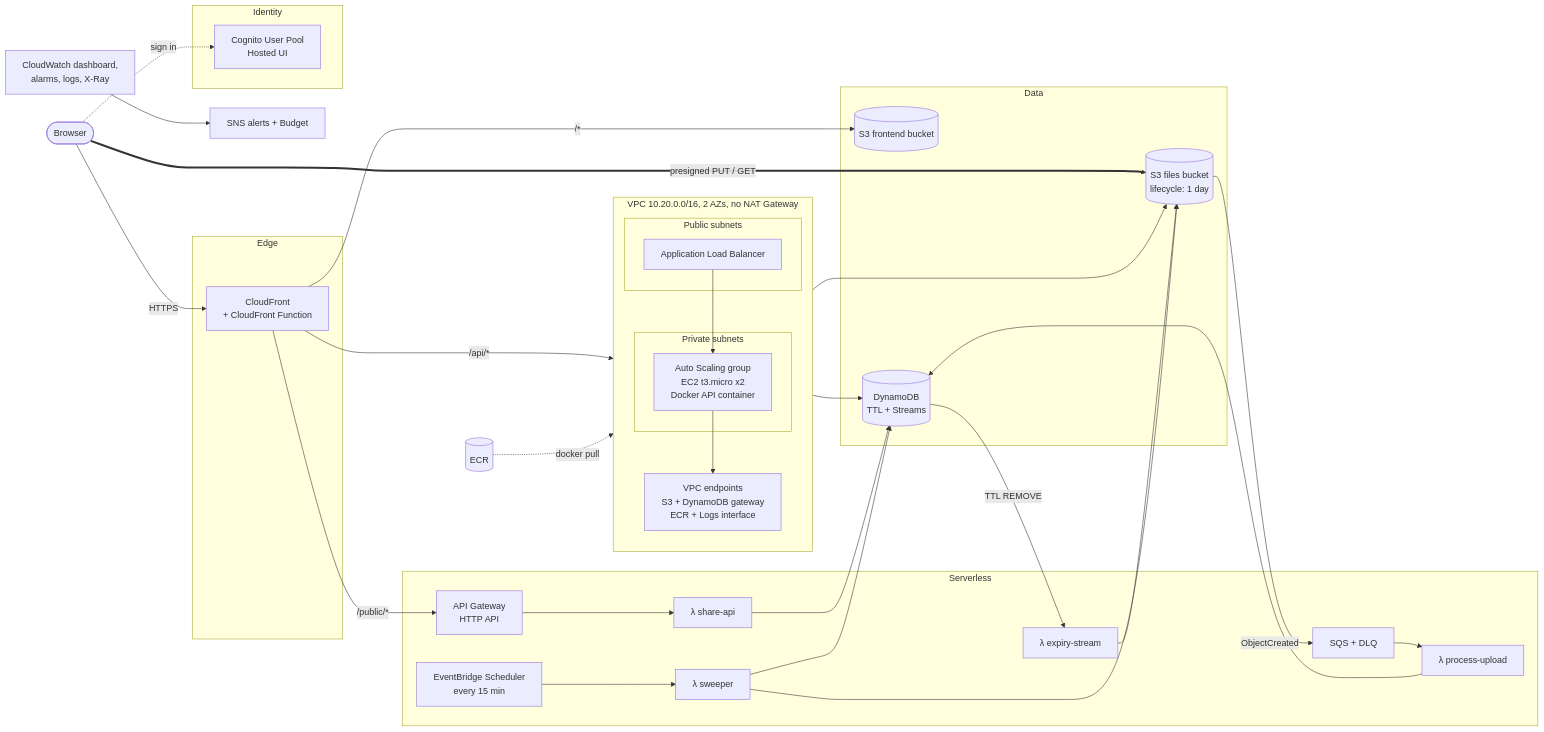
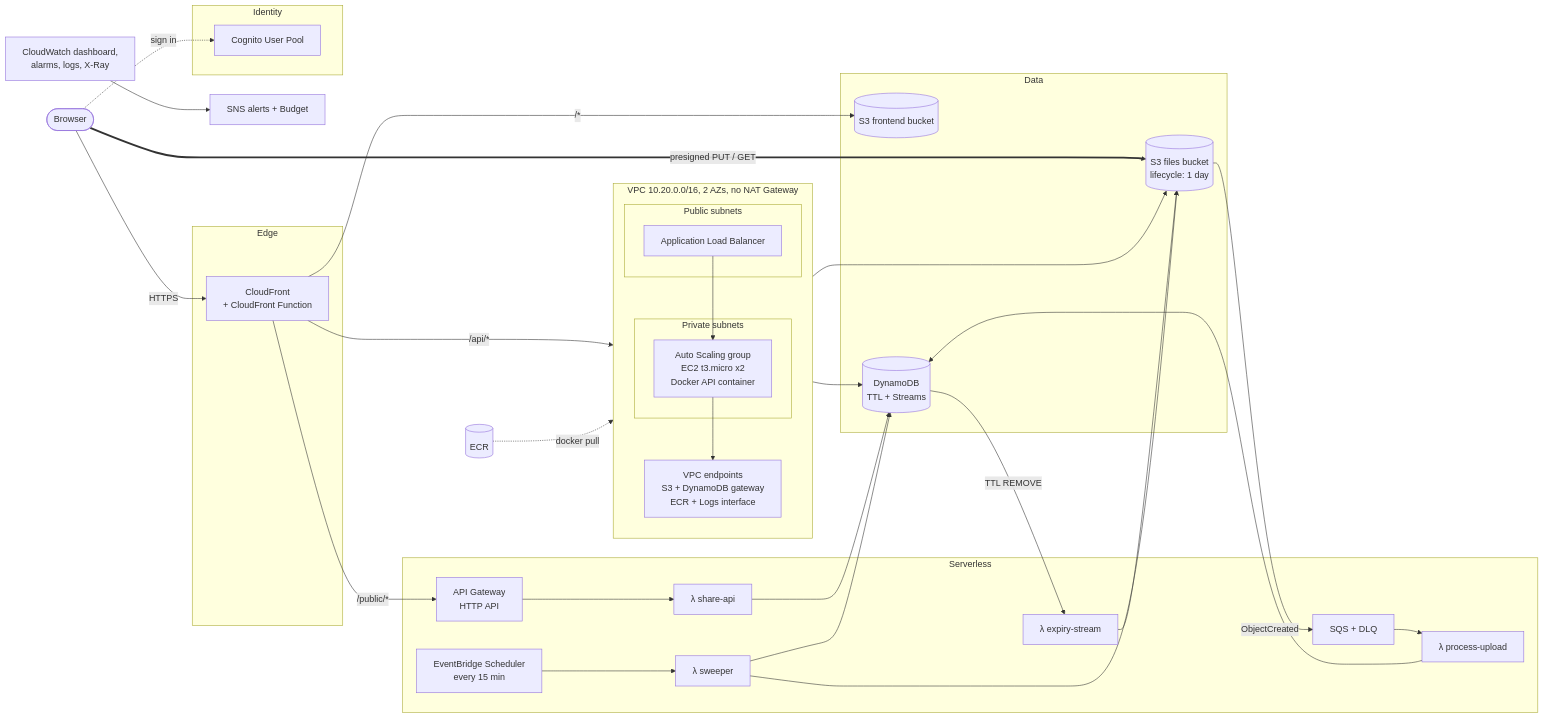
One commit to Umairbhai07/fileshare-aws changed the diagram in README.md. Above: the diagram before and after it, drawn with Mermaid. The commit also changed other lines of this file and 6 other files, not shown here.

Commit message:
Rewrite README with concepts, architecture and screenshots

````diff
--- a/README.md
+++ b/README.md
@@ -31,60 +104,60 @@
 ```mermaid
 flowchart LR
   user([Browser])
 
   subgraph edge[Edge]
     cf[CloudFront<br/>+ CloudFront Function]
   end
 
   subgraph auth[Identity]
-    cognito[Cognito User Pool<br/>Hosted UI]
+    cognito[Cognito User Pool]
   end
 
   subgraph vpc[VPC 10.20.0.0/16, 2 AZs, no NAT Gateway]
     direction TB
     subgraph pub[Public subnets]
       alb[Application Load Balancer]
     end
     subgraph priv[Private subnets]
       asg[Auto Scaling group<br/>EC2 t3.micro x2<br/>Docker API container]
     end
     vpce[VPC endpoints<br/>S3 + DynamoDB gateway<br/>ECR + Logs interface]
   end
 
   subgraph serverless[Serverless]
     apigw[API Gateway<br/>HTTP API]
     share[λ share-api]
     proc[λ process-upload]
     exp[λ expiry-stream]
     sweep[λ sweeper]
     sched[EventBridge Scheduler<br/>every 15 min]
     sqs[SQS + DLQ]
   end
 
   subgraph data[Data]
     web[(S3 frontend bucket)]
     files[(S3 files bucket<br/>lifecycle: 1 day)]
     ddb[(DynamoDB<br/>TTL + Streams)]
   end
 
   ecr[(ECR)]
   ops[CloudWatch dashboard,<br/>alarms, logs, X-Ray]
   sns[SNS alerts + Budget]
 
   user -->|HTTPS| cf
   user -.->|sign in| cognito
   user ==>|presigned PUT / GET| files
   cf -->|/*| web
   cf -->|/api/*| alb --> asg
   cf -->|/public/*| apigw --> share
   asg --> vpce
   vpce --> ddb
   vpce --> files
   ecr -.->|docker pull| asg
   share --> ddb
   files -->|ObjectCreated| sqs --> proc --> ddb
   ddb -->|TTL REMOVE| exp --> files
   sched --> sweep --> ddb
   sweep --> files
   ops --> sns
 ```
````
